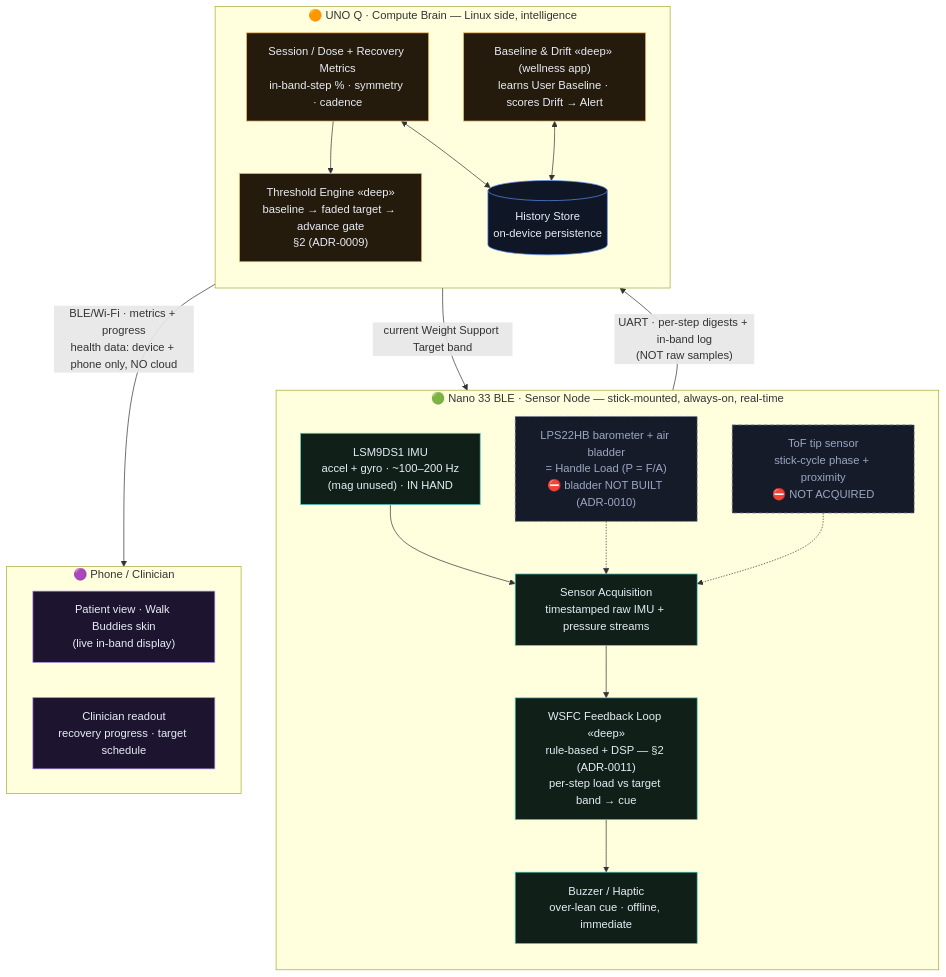
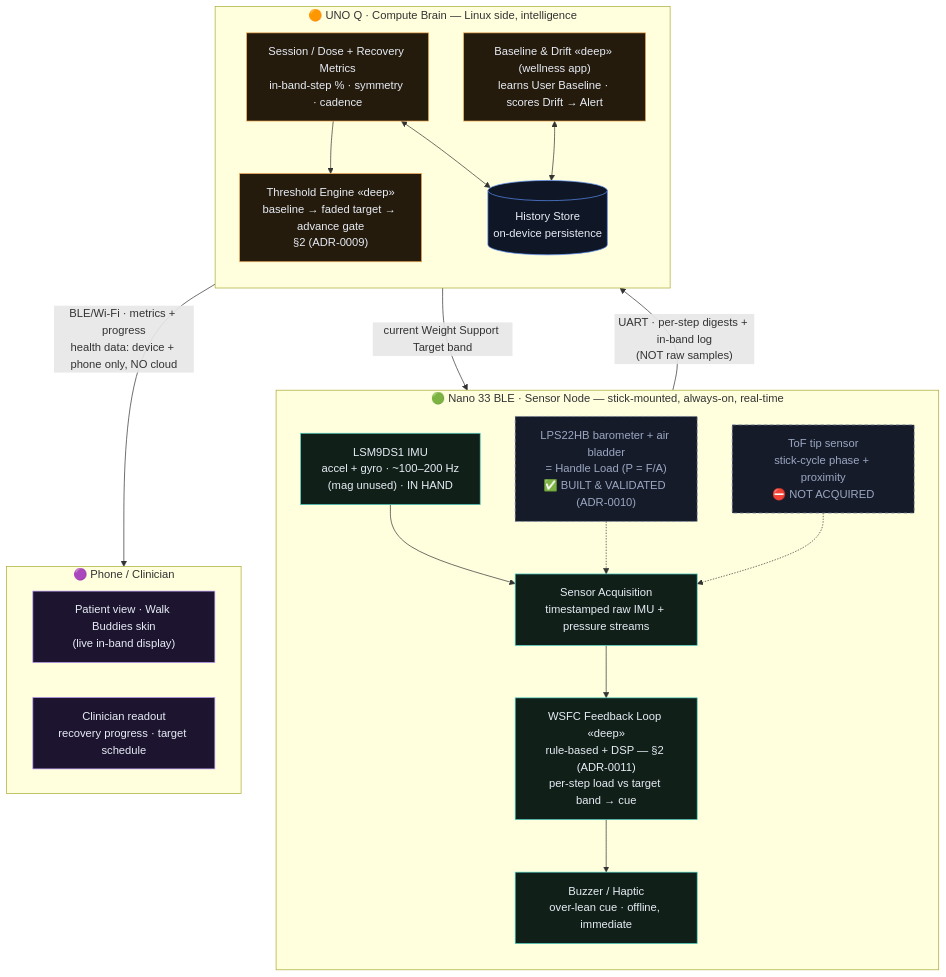
Before and after one commit to ovenmakemeheat/moonwalk-sw: the first of 4 diagrams in docs/architecture.md, drawn with Mermaid. The commit also changed other lines of this file and 7 other files, not shown here.

First line of the commit message:
Mark pneumatic Handle Load sensor as built, calibrated & validated

````diff
--- a/docs/architecture.md
+++ b/docs/architecture.md
@@ -20,52 +20,52 @@
 ```mermaid
 flowchart TB
     subgraph NANO["🟢 Nano 33 BLE · Sensor Node — stick-mounted, always-on, real-time"]
         direction TB
         IMU["LSM9DS1 IMU<br/>accel + gyro · ~100–200 Hz<br/>(mag unused) · IN HAND"]
-        BARO["LPS22HB barometer + air bladder<br/>= Handle Load (P = F/A)<br/>⛔ bladder NOT BUILT (ADR-0010)"]
+        BARO["LPS22HB barometer + air bladder<br/>= Handle Load (P = F/A)<br/>✅ BUILT & VALIDATED (ADR-0010)"]
         TOF["ToF tip sensor<br/>stick-cycle phase + proximity<br/>⛔ NOT ACQUIRED"]
         ACQ["Sensor Acquisition<br/>timestamped raw IMU + pressure streams"]
         LOOP["WSFC Feedback Loop «deep»<br/>rule-based + DSP — §2 (ADR-0011)<br/>per-step load vs target band → cue"]
         FB["Buzzer / Haptic<br/>over-lean cue · offline, immediate"]
 
         IMU --> ACQ
         BARO -.-> ACQ
         TOF -.-> ACQ
         ACQ --> LOOP --> FB
     end
 
     LOOP -->|"UART · per-step digests + in-band log<br/>(NOT raw samples)"| BRAIN
     TE -->|"current Weight Support Target band"| LOOP
 
     subgraph UNOQ["🟠 UNO Q · Compute Brain — Linux side, intelligence"]
         direction TB
         TE["Threshold Engine «deep»<br/>baseline → faded target → advance gate<br/>§2 (ADR-0009)"]
         BRAIN["Session / Dose + Recovery Metrics<br/>in-band-step % · symmetry · cadence"]
         WELL["Baseline & Drift «deep» (wellness app)<br/>learns User Baseline · scores Drift → Alert"]
         HS[("History Store<br/>on-device persistence")]
 
         BRAIN --> TE
         BRAIN <--> HS
         WELL <--> HS
     end
 
     BRAIN -->|"BLE/Wi-Fi · metrics + progress<br/>health data: device + phone only, NO cloud"| PHONE
 
     subgraph PHONE["🟣 Phone / Clinician"]
         direction LR
         PV["Patient view · Walk Buddies skin<br/>(live in-band display)"]
         CR["Clinician readout<br/>recovery progress · target schedule"]
     end
 
     classDef nano fill:#102019,stroke:#4fd1c5,stroke-width:1px,color:#e7ecf5;
     classDef uno fill:#241b0d,stroke:#f6ad55,stroke-width:1px,color:#e7ecf5;
     classDef phone fill:#1d1430,stroke:#b794f4,stroke-width:1px,color:#e7ecf5;
     classDef future fill:#161b29,stroke:#7c89a8,stroke-width:1px,stroke-dasharray:5 4,color:#9aa7c2;
     classDef store fill:#0f1626,stroke:#5b8def,color:#e7ecf5;
 
     class IMU,ACQ,LOOP,FB nano;
     class BARO,TOF future;
     class TE,BRAIN,WELL uno;
     class HS store;
     class PV,CR phone;
 ```
````
